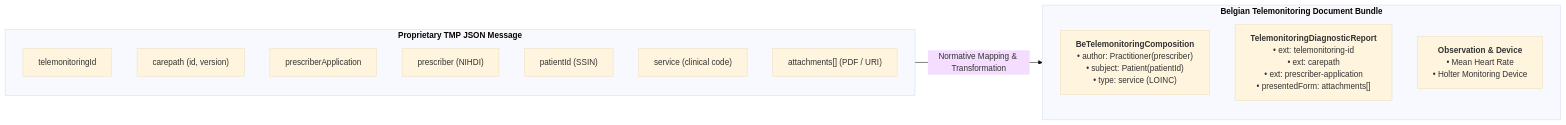
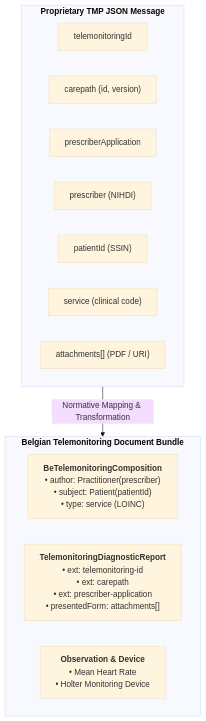
Before and after one commit to Erwin-Bellon/hubsharing: the second of 2 diagrams in input/pagecontent/mapping-telemonitoring-to-hub.md, drawn with Mermaid (base theme). The commit also changed other lines of this file and 16 other files, not shown here.

````diff
--- a/input/pagecontent/mapping-telemonitoring-to-hub.md
+++ b/input/pagecontent/mapping-telemonitoring-to-hub.md
@@ -63,22 +63,22 @@
 ```mermaid
-flowchart LR
+flowchart TB
     subgraph TMP["<b>Proprietary TMP JSON Message</b>"]
-        direction TB
+        direction LR
         T1["telemonitoringId"]
         T2["carepath (id, version)"]
         T3["prescriberApplication"]
         T4["prescriber (NIHDI)"]
         T5["patientId (SSIN)"]
         T6["service (clinical code)"]
         T7["attachments[] (PDF / URI)"]
     end
 
     subgraph FHIR["<b>Belgian Telemonitoring Document Bundle</b>"]
-        direction TB
+        direction LR
         F1["<b>BeTelemonitoringComposition</b><br/>• author: Practitioner(prescriber)<br/>• subject: Patient(patientId)<br/>• type: service (LOINC)"]
         F2["<b>TelemonitoringDiagnosticReport</b><br/>• ext: telemonitoring-id<br/>• ext: carepath<br/>• ext: prescriber-application<br/>• presentedForm: attachments[]"]
         F3["<b>Observation & Device</b><br/>• Mean Heart Rate<br/>• Holter Monitoring Device"]
     end
 
     TMP -->|"Normative Mapping & Transformation"| FHIR
 ```
````
